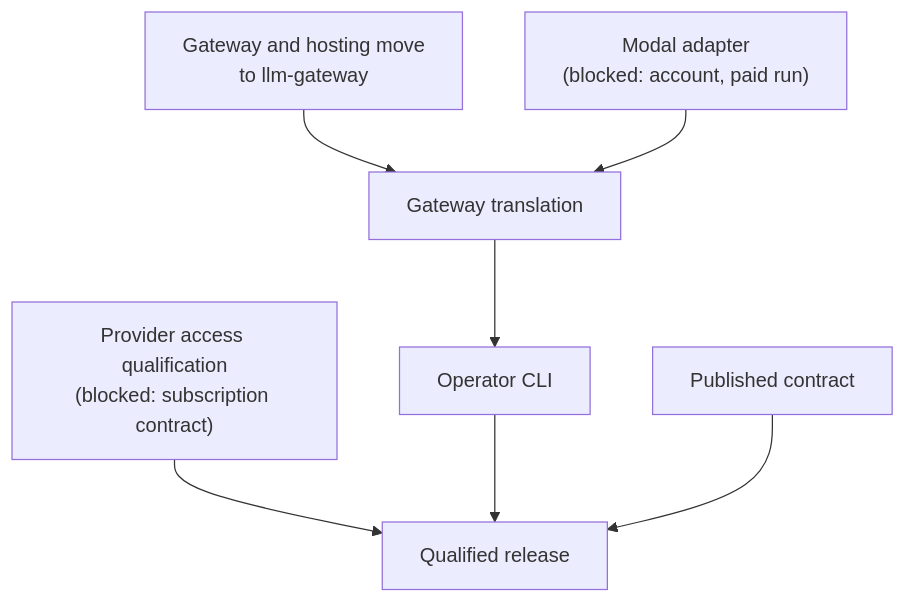
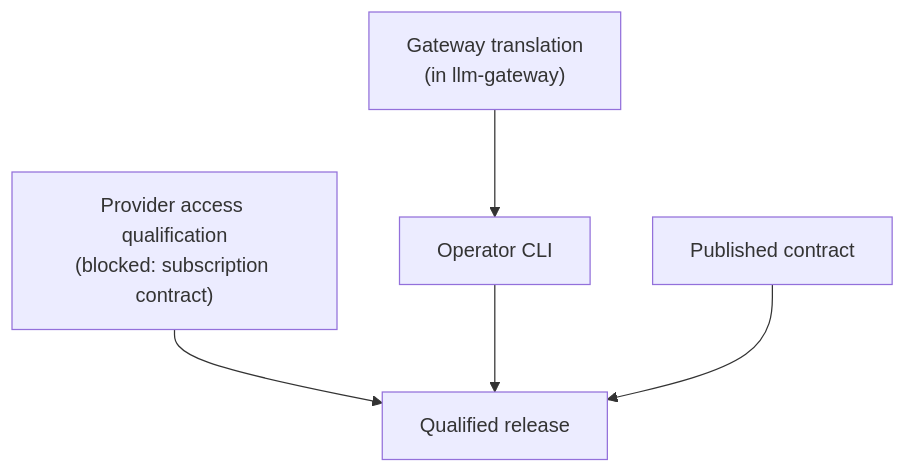
One commit to beyond10x/llm changed the diagram in website/docs/status/roadmap.md. Above: the diagram before and after it, drawn with Mermaid. The commit also changed other lines of this file and 435 other files, not shown here.

First line of the commit message:
refactor: the serving crates move to beyond10x/llm-gateway

````diff
--- a/website/docs/status/roadmap.md
+++ b/website/docs/status/roadmap.md
@@ -45,9 +38,7 @@
 ```mermaid
 flowchart TD
-  S["Gateway and hosting move<br/>to llm-gateway"] --> T["Gateway translation"]
-  M["Modal adapter<br/>(blocked: account, paid run)"] --> T
-  T --> C["Operator CLI"]
+  T["Gateway translation<br/>(in llm-gateway)"] --> C["Operator CLI"]
   A["Provider access qualification<br/>(blocked: subscription contract)"] --> Q["Qualified release"]
   C --> Q
   R["Published contract"] --> Q
 ```
````
